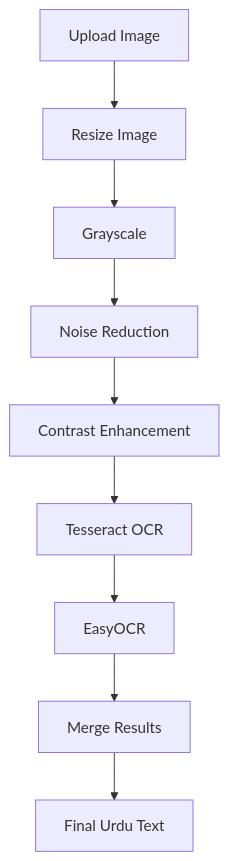
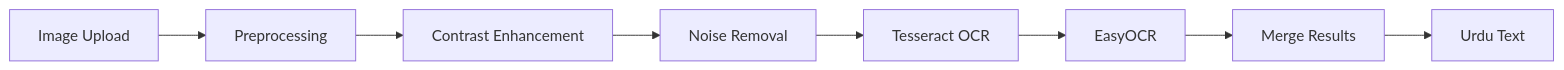
One commit to ENAYATULLA/Urdu-Document-Assistant changed the second of 4 diagrams in README.md. Above: the diagram before and after it, drawn with Mermaid. The commit also changed other lines of this file and 1 other file, not shown here.

````diff
--- a/README.md
+++ b/README.md
@@ -369,21 +301,33 @@
 ```mermaid
-flowchart TD
+flowchart LR
 
-A[Upload Image]
+A[Image Upload]
 
-A --> B[Resize Image]
+-->
 
-B --> C[Grayscale]
+B[Preprocessing]
 
-C --> D[Noise Reduction]
+-->
 
-D --> E[Contrast Enhancement]
+C[Contrast Enhancement]
 
-E --> F[Tesseract OCR]
+-->
 
-F --> G[EasyOCR]
+D[Noise Removal]
 
-G --> H[Merge Results]
+-->
 
-H --> I[Final Urdu Text]
+E[Tesseract OCR]
+
+-->
+
+F[EasyOCR]
+
+-->
+
+G[Merge Results]
+
+-->
+
+H[Urdu Text]
 ```
````
